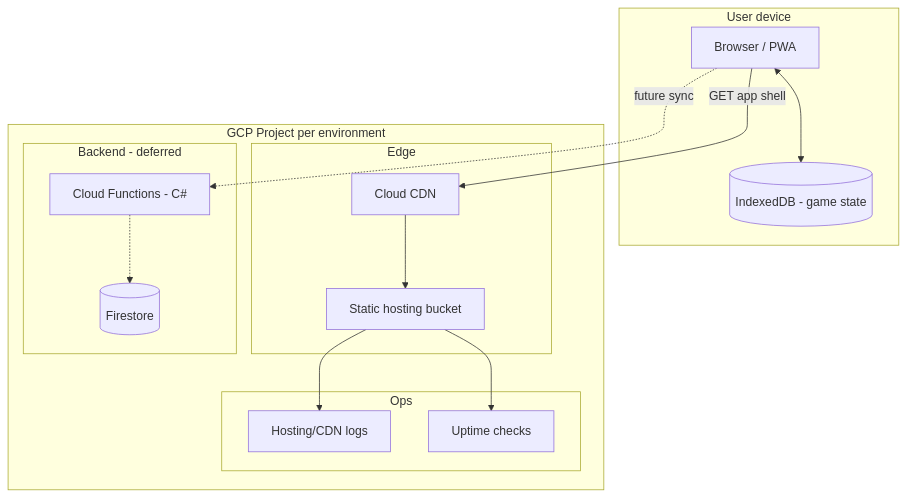
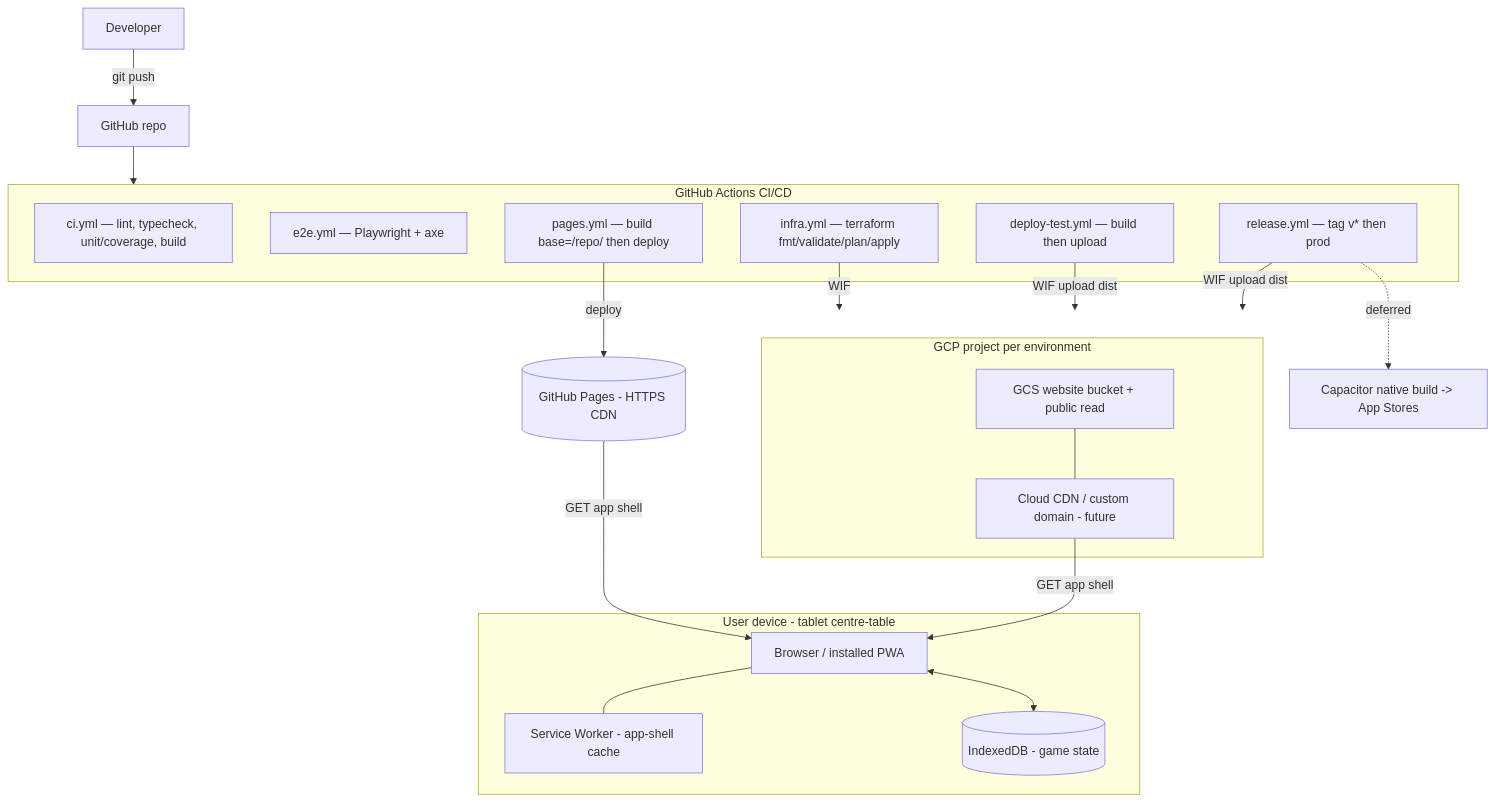
One commit to levijsbris/Bidding-Box changed the sixth of 14 diagrams in docs/ARCHITECTURE.md. Above: the diagram before and after it, drawn with Mermaid. The commit also changed other lines of this file and 4 other files, not shown here.

First line of the commit message:
Revise architecture docs to as-built; refresh C4 + cloud diagrams

````diff
--- a/docs/ARCHITECTURE.md
+++ b/docs/ARCHITECTURE.md
@@ -181,28 +232,37 @@
 ```mermaid
 flowchart TB
-    subgraph Client[User device]
-        Browser[Browser / PWA]
-        IDB[(IndexedDB - game state)]
+    Dev[Developer] -->|git push| GH[GitHub repo]
+
+    subgraph Actions[GitHub Actions CI/CD]
+        CI["ci.yml — lint, typecheck, unit/coverage, build"]
+        E2E["e2e.yml — Playwright + axe"]
+        PagesJob["pages.yml — build base=/repo/ then deploy"]
+        Infra["infra.yml — terraform fmt/validate/plan/apply"]
+        DeployTest["deploy-test.yml — build then upload"]
+        Release["release.yml — tag v* then prod"]
     end
 
-    subgraph GCP[GCP Project per environment]
-        subgraph Edge[Edge]
-            CDN[Cloud CDN]
-            Host[Static hosting bucket]
-        end
-        subgraph Ops[Ops]
-            Logs[Hosting/CDN logs]
-            Mon[Uptime checks]
-        end
-        subgraph Deferred[Backend - deferred]
-            CF[Cloud Functions - C#]
-            FS[(Firestore)]
-        end
+    GH --> Actions
+    PagesJob -->|deploy| Pages[(GitHub Pages - HTTPS CDN)]
+    Infra -->|WIF| GCP
+    DeployTest -->|WIF upload dist| GCP
+    Release -->|WIF upload dist| GCP
+
+    subgraph GCP[GCP project per environment]
+        Bucket[GCS website bucket + public read]
+        CDN[Cloud CDN / custom domain - future]
+        Bucket --- CDN
     end
 
-    Browser -->|GET app shell| CDN --> Host
-    Browser <--> IDB
-    Host --> Logs
-    Host --> Mon
-    Browser -.->|future sync| CF -.-> FS
+    subgraph Client[User device - tablet centre-table]
+        Browser[Browser / installed PWA]
+        SW[Service Worker - app-shell cache]
+        IDB[(IndexedDB - game state)]
+        Browser --- SW
+        Browser <--> IDB
+    end
+
+    Pages -->|GET app shell| Browser
+    CDN -->|GET app shell| Browser
+    Release -. deferred .-> Native[Capacitor native build -> App Stores]
 ```
````
